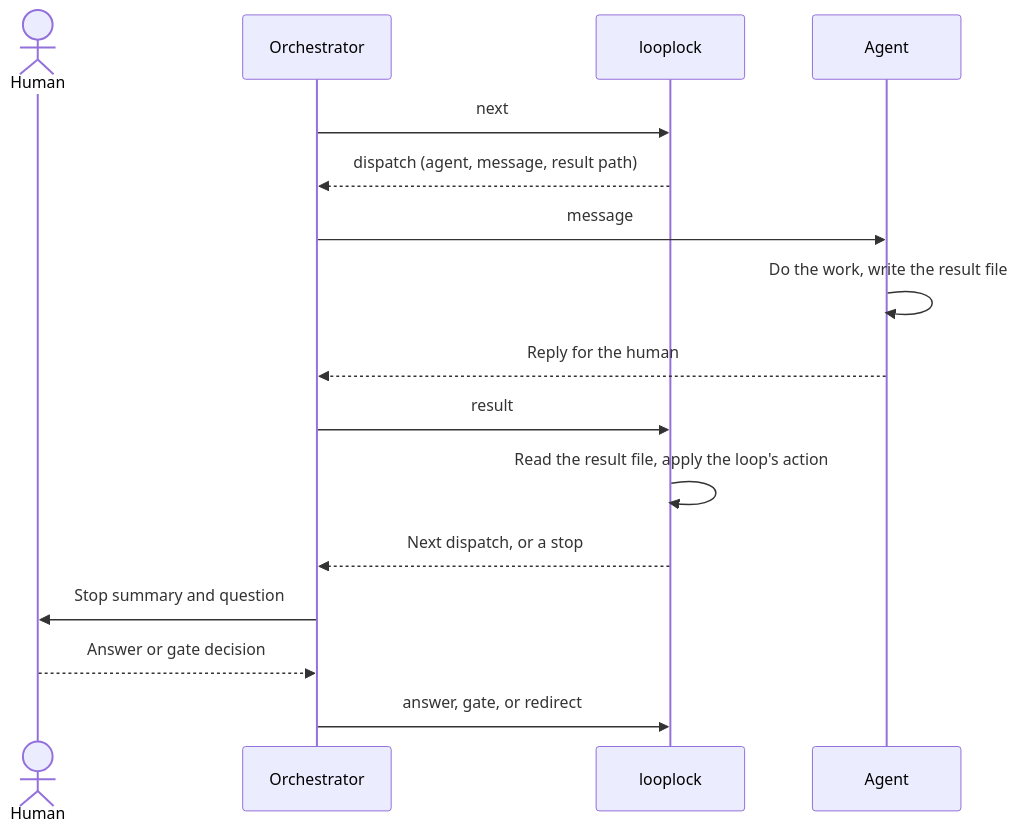
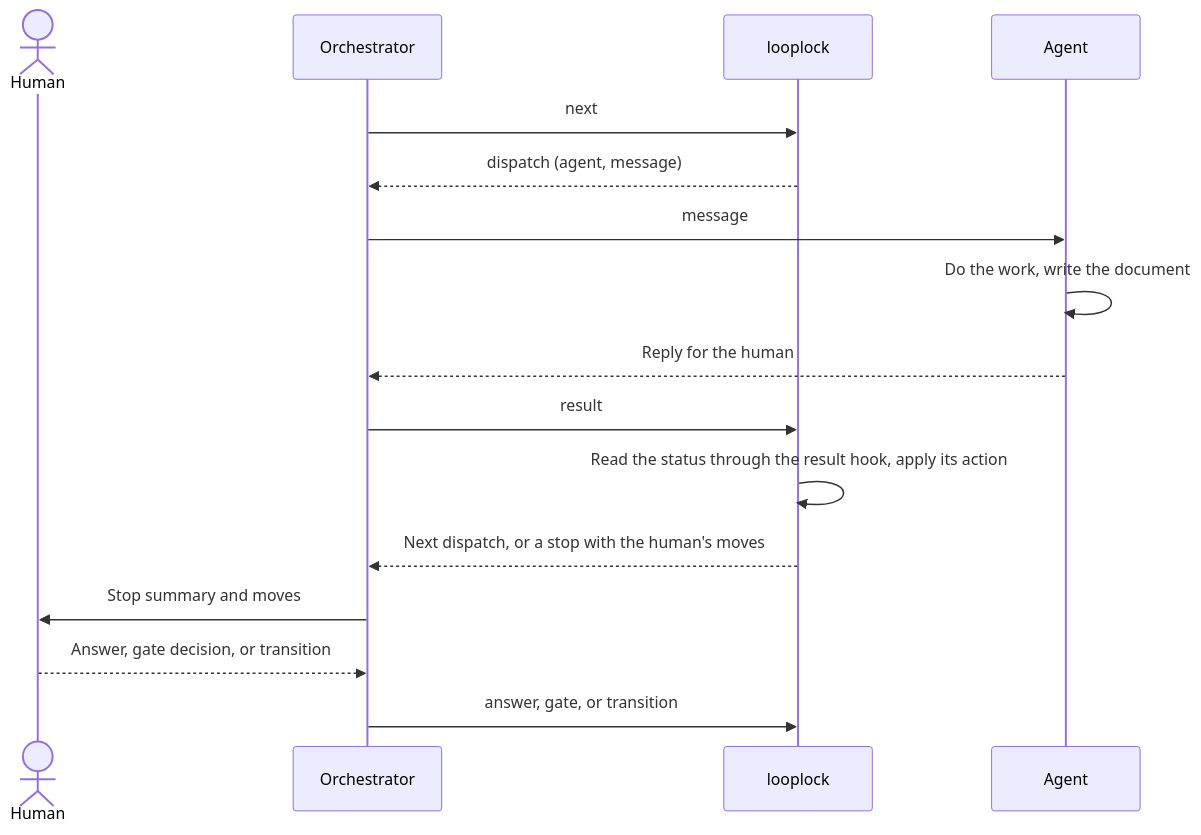
Before and after one commit to push-based/iterward: the diagram in README.md, drawn with Mermaid. The commit also changed other lines of this file and 116 other files, not shown here.

````diff
--- a/README.md
+++ b/README.md
@@ -21,18 +21,18 @@
 ```mermaid
 sequenceDiagram
     actor Human
     participant O as Orchestrator
     participant L as looplock
     participant A as Agent
     O->>L: next
-    L-->>O: dispatch (agent, message, result path)
+    L-->>O: dispatch (agent, message)
     O->>A: message
-    A->>A: Do the work, write the result file
+    A->>A: Do the work, write the document
     A-->>O: Reply for the human
     O->>L: result
-    L->>L: Read the result file, apply the loop's action
-    L-->>O: Next dispatch, or a stop
-    O->>Human: Stop summary and question
-    Human-->>O: Answer or gate decision
-    O->>L: answer, gate, or redirect
+    L->>L: Read the status through the result hook, apply its action
+    L-->>O: Next dispatch, or a stop with the human's moves
+    O->>Human: Stop summary and moves
+    Human-->>O: Answer, gate decision, or transition
+    O->>L: answer, gate, or transition
 ```
````
